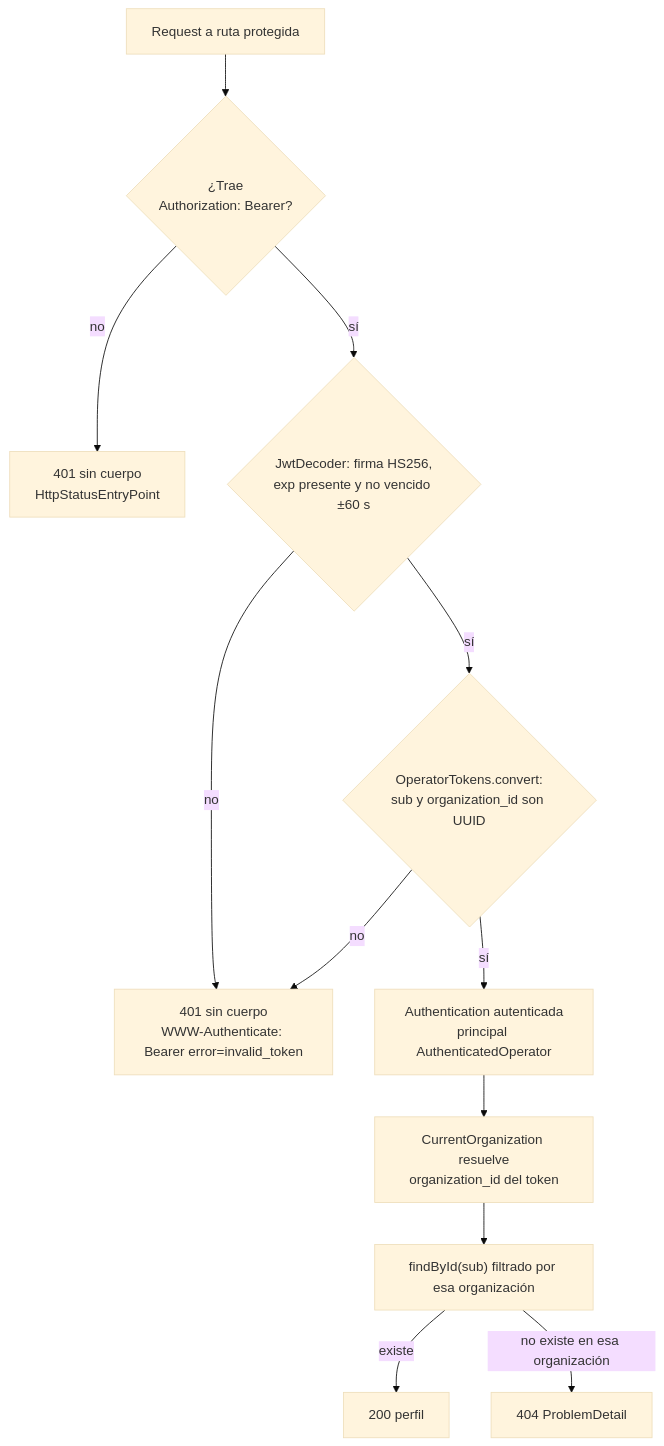
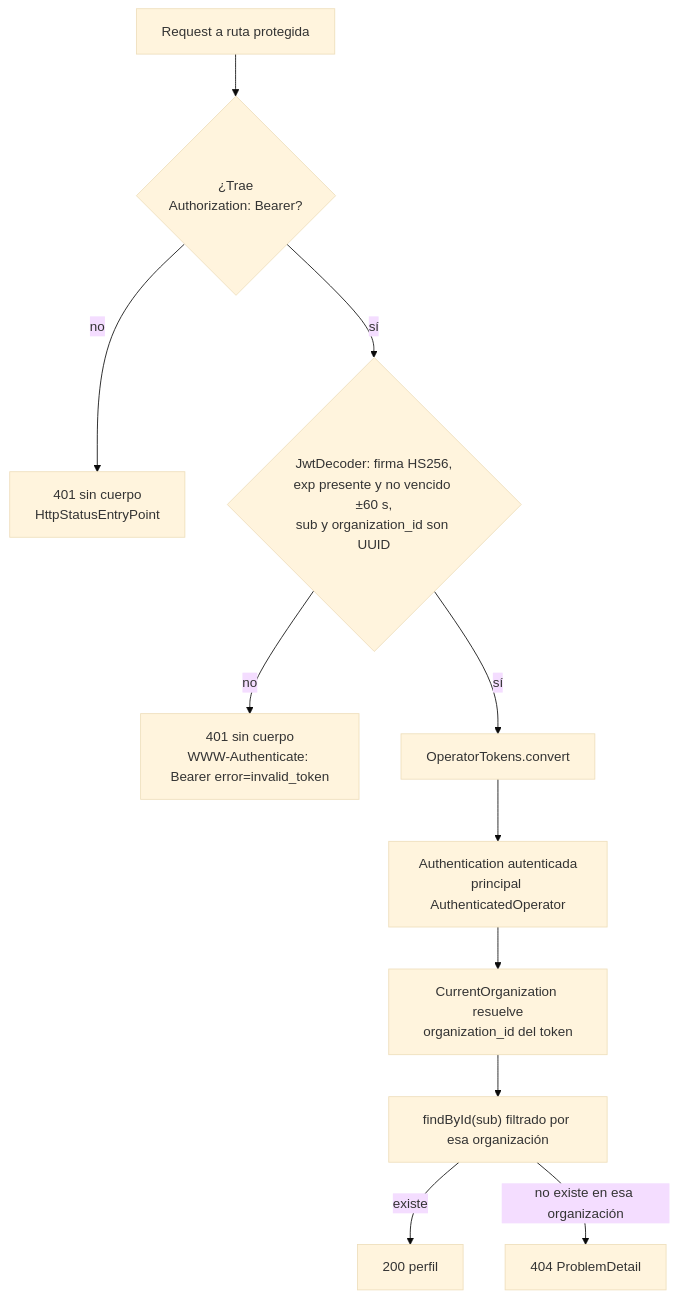
Before and after one commit to zapmaxvevo/communicator-one: the second of 2 diagrams in docs/autenticacion.md, drawn with Mermaid (base theme). The commit also changed other lines of this file and 9 other files, not shown here.

````diff
--- a/docs/autenticacion.md
+++ b/docs/autenticacion.md
@@ -119,14 +120,13 @@
 ```mermaid
 flowchart TD
     Q[Request a ruta protegida] --> H{¿Trae<br/>Authorization: Bearer?}
     H -->|no| U1[401 sin cuerpo<br/>HttpStatusEntryPoint]
-    H -->|sí| V{JwtDecoder: firma HS256,<br/>exp presente y no vencido ±60 s}
+    H -->|sí| V{JwtDecoder: firma HS256,<br/>exp presente y no vencido ±60 s,<br/>sub y organization_id son UUID}
     V -->|no| U2[401 sin cuerpo<br/>WWW-Authenticate: Bearer error=invalid_token]
-    V -->|sí| K{OperatorTokens.convert:<br/>sub y organization_id son UUID}
-    K -->|no| U2
-    K -->|sí| P[Authentication autenticada<br/>principal AuthenticatedOperator]
+    V -->|sí| K[OperatorTokens.convert]
+    K --> P[Authentication autenticada<br/>principal AuthenticatedOperator]
     P --> M[CurrentOrganization resuelve<br/>organization_id del token]
     M --> F["findById(sub) filtrado por esa organización"]
     F -->|existe| OK[200 perfil]
     F -->|no existe en esa organización| NF[404 ProblemDetail]
 ```
````
